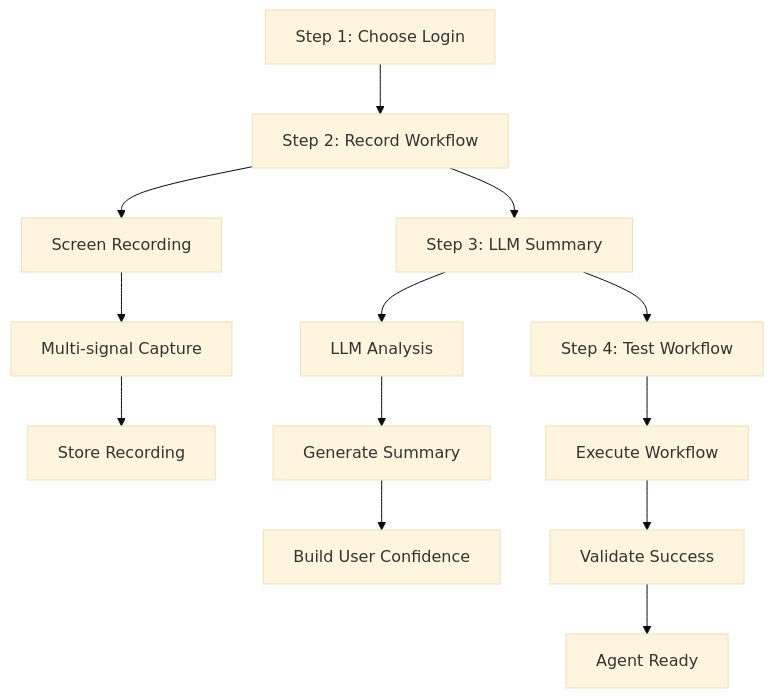
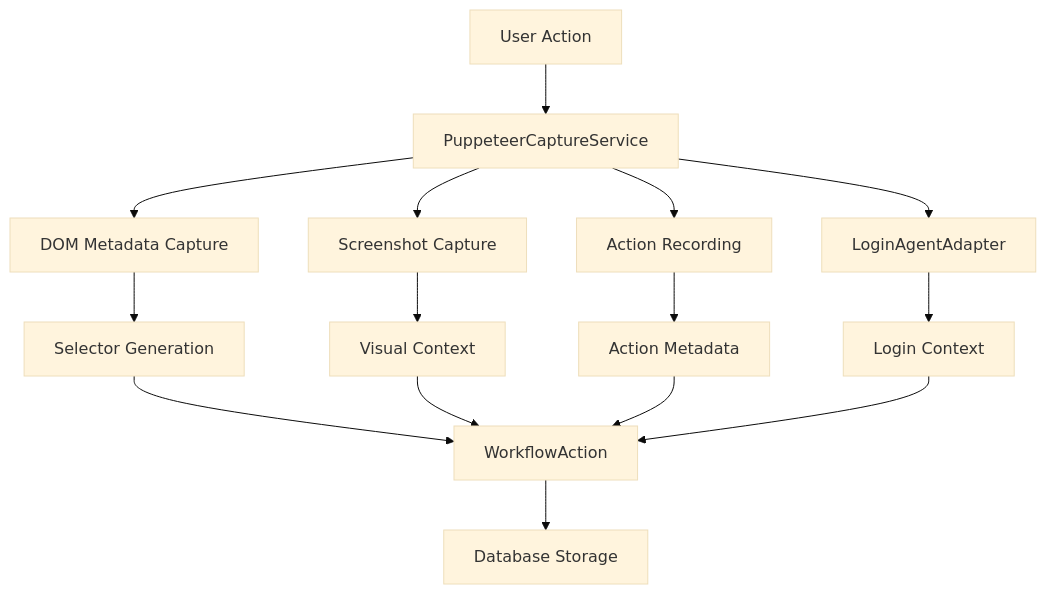
Before and after one commit to richvergo/subtract: the first of 11 diagrams in ARCHITECTURE.md, drawn with Mermaid (base theme). The commit also changed other lines of this file and 148 other files, not shown here.

````diff
--- a/ARCHITECTURE.md
+++ b/ARCHITECTURE.md
@@ -35,18 +38,20 @@
 ```mermaid
 graph TD
-    A[Step 1: Choose Login] --> B[Step 2: Record Workflow]
-    B --> C[Step 3: LLM Summary]
-    C --> D[Step 4: Test Workflow]
+    A[User Action] --> B[PuppeteerCaptureService]
+    B --> C[DOM Metadata Capture]
+    B --> D[Screenshot Capture]
+    B --> E[Action Recording]
+    B --> F[LoginAgentAdapter]
     
-    B --> E[Screen Recording]
-    E --> F[Multi-signal Capture]
-    F --> G[Store Recording]
+    C --> G[Selector Generation]
+    D --> H[Visual Context]
+    E --> I[Action Metadata]
+    F --> J[Login Context]
     
-    C --> H[LLM Analysis]
-    H --> I[Generate Summary]
-    I --> J[Build User Confidence]
+    G --> K[WorkflowAction]
+    H --> K
+    I --> K
+    J --> K
     
-    D --> K[Execute Workflow]
-    K --> L[Validate Success]
-    L --> M[Agent Ready]
+    K --> L[Database Storage]
 ```
````
